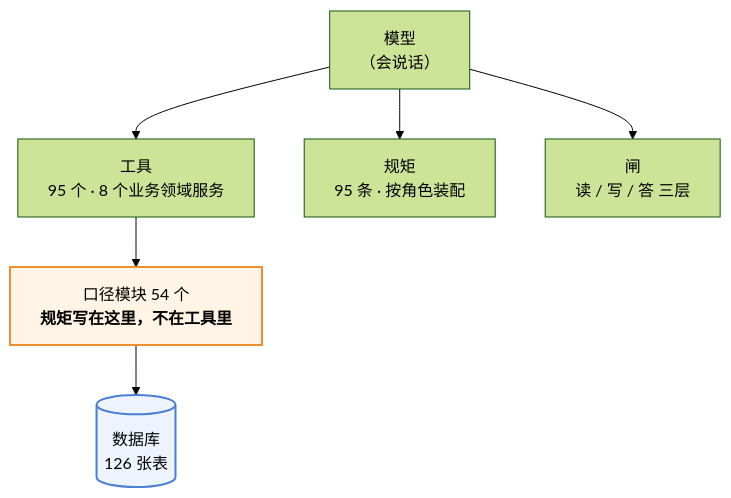
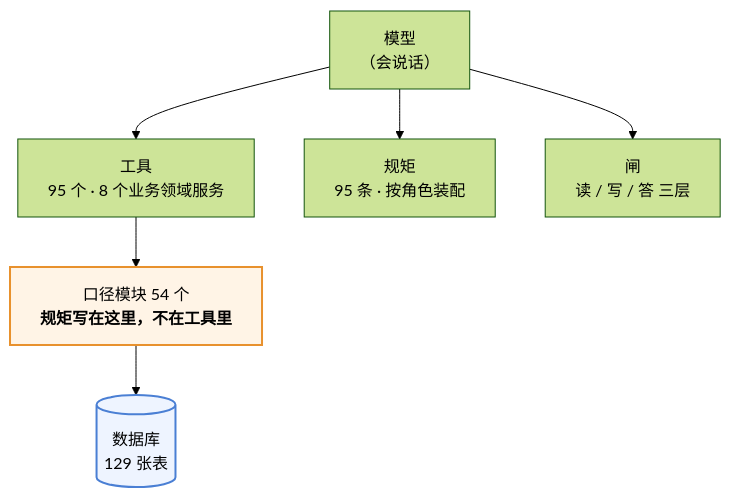
One commit to 843773296-rgb/lanxiu-yunshang-agent changed the first of 3 diagrams in 澜绣云裳agent-产品说明.md. Above: the diagram before and after it, drawn with Mermaid (forest theme). The commit also changed other lines of this file and 7 other files, not shown here.

Commit message:
表数 126 → 129(知识问题三张表已建)、自有技能 7 → 8(经营报告);README / 待办清单 / 安全边界审计重生成;CLAUDE.md 目录地图里「一个 quote Skill」改成指向 skills_own

````diff
--- a/澜绣云裳agent-产品说明.md
+++ b/澜绣云裳agent-产品说明.md
@@ -62,12 +62,12 @@
 ```mermaid
 flowchart TD
     M["模型<br/>（会说话）"]
     M --> T["工具<br/>95 个 · 8 个业务领域服务"]
     M --> R["规矩<br/>95 条 · 按角色装配"]
     M --> G["闸<br/>读 / 写 / 答 三层"]
     T --> K["口径模块 54 个<br/><b>规矩写在这里，不在工具里</b>"]
-    K --> DB[("数据库<br/>126 张表")]
+    K --> DB[("数据库<br/>129 张表")]
 
     style K fill:#fff4e6,stroke:#e8912d,stroke-width:2px
     style DB fill:#eef4ff,stroke:#4a7fd4,stroke-width:2px
 ```
````
